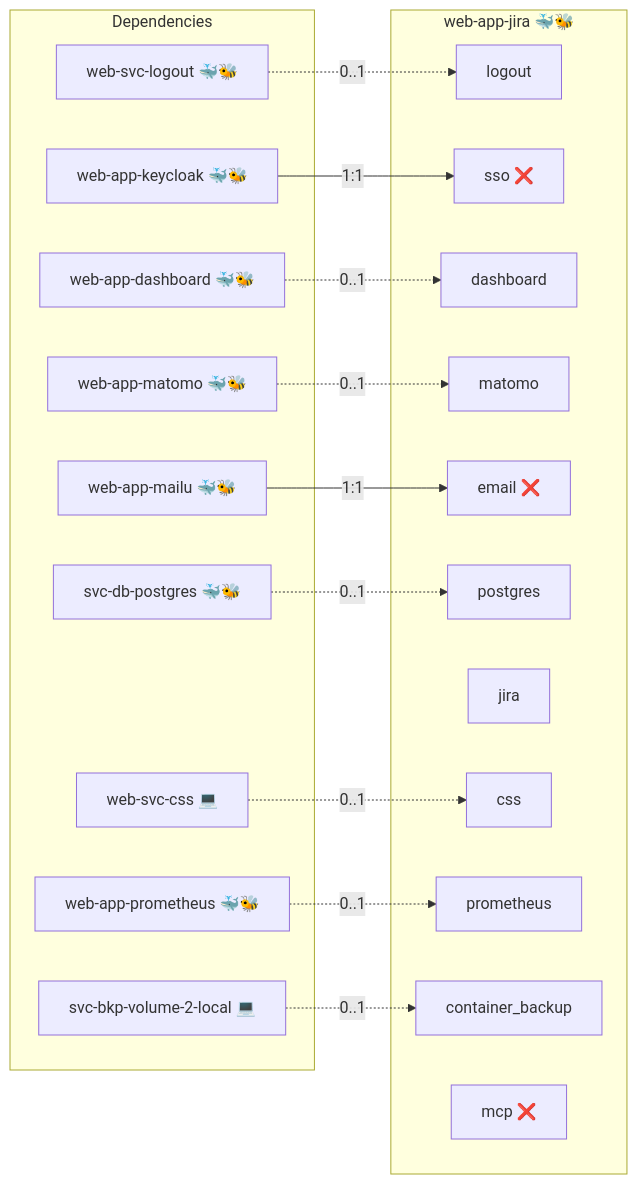
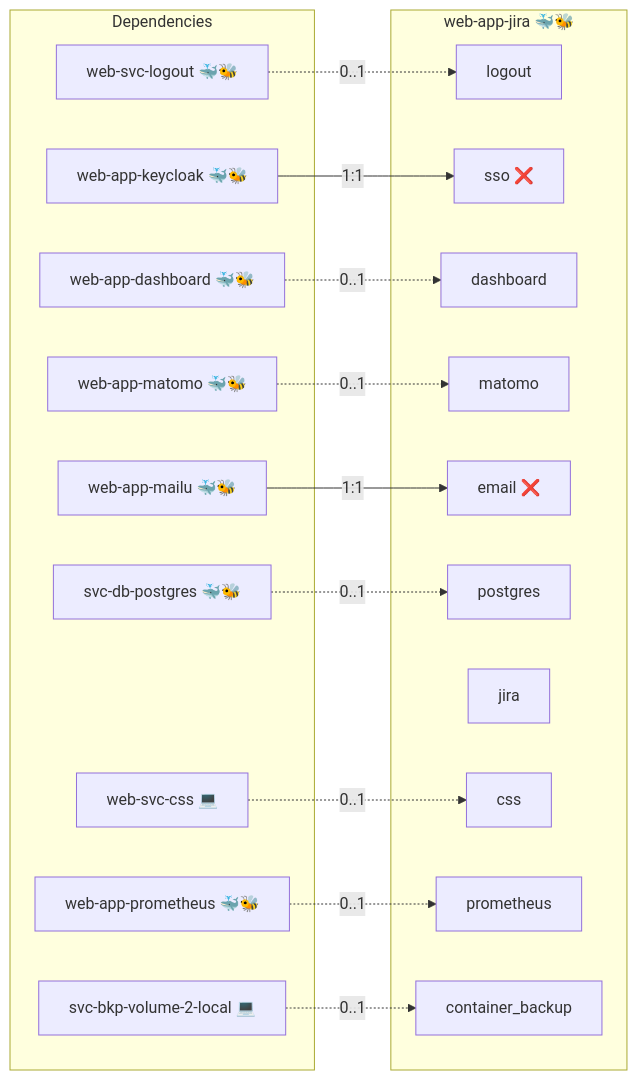
One commit to infinito-nexus/core changed the diagram in roles/web-app-jira/README.md. Above: the diagram before and after it, drawn with Mermaid. The commit also changed 142 other files, not shown here.

````diff
--- a/roles/web-app-jira/README.md
+++ b/roles/web-app-jira/README.md
@@ -15,36 +15,35 @@
 ```mermaid
 flowchart LR
     subgraph deps [Dependencies]
         dep_svc_bkp_volume_2_local["svc-bkp-volume-2-local 💻"]
         dep_svc_db_postgres["svc-db-postgres 🐳🐝"]
         dep_web_app_dashboard["web-app-dashboard 🐳🐝"]
         dep_web_app_keycloak["web-app-keycloak 🐳🐝"]
         dep_web_app_mailu["web-app-mailu 🐳🐝"]
         dep_web_app_matomo["web-app-matomo 🐳🐝"]
         dep_web_app_prometheus["web-app-prometheus 🐳🐝"]
         dep_web_svc_css["web-svc-css 💻"]
         dep_web_svc_logout["web-svc-logout 🐳🐝"]
     end
     subgraph role [web-app-jira 🐳🐝]
         svc_logout["logout"]
         svc_sso["sso ❌"]
         svc_dashboard["dashboard"]
         svc_matomo["matomo"]
         svc_email["email ❌"]
         svc_postgres["postgres"]
         svc_jira["jira"]
         svc_css["css"]
         svc_prometheus["prometheus"]
         svc_container_backup["container_backup"]
-        svc_mcp["mcp ❌"]
     end
     dep_svc_bkp_volume_2_local -. "0..1" .-> svc_container_backup
     dep_svc_db_postgres -. "0..1" .-> svc_postgres
     dep_web_app_dashboard -. "0..1" .-> svc_dashboard
     dep_web_app_keycloak -- "1:1" --> svc_sso
     dep_web_app_mailu -- "1:1" --> svc_email
     dep_web_app_matomo -. "0..1" .-> svc_matomo
     dep_web_app_prometheus -. "0..1" .-> svc_prometheus
     dep_web_svc_css -. "0..1" .-> svc_css
     dep_web_svc_logout -. "0..1" .-> svc_logout
 ```
````
